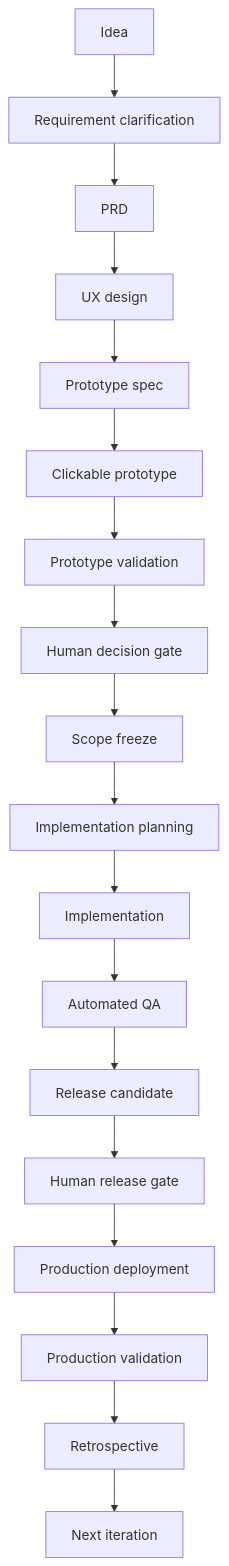
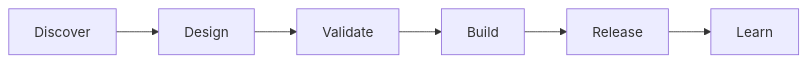
Before and after one commit to 1335389202-create/ai-product-development-workflow: the diagram in README.md, drawn with Mermaid. The commit also changed other lines of this file, not shown here.

Commit message:
docs: compact Mermaid workflow overview

````diff
--- a/README.md
+++ b/README.md
@@ -17,20 +17,4 @@
 ```mermaid
-graph TD
-  A[Idea] --> B[Requirement clarification]
-  B --> C[PRD]
-  C --> D[UX design]
-  D --> E[Prototype spec]
-  E --> F[Clickable prototype]
-  F --> G[Prototype validation]
-  G --> H[Human decision gate]
-  H --> I[Scope freeze]
-  I --> J[Implementation planning]
-  J --> K[Implementation]
-  K --> L[Automated QA]
-  L --> M[Release candidate]
-  M --> N[Human release gate]
-  N --> O[Production deployment]
-  O --> P[Production validation]
-  P --> Q[Retrospective]
-  Q --> R[Next iteration]
+flowchart LR
+  A[Discover] --> B[Design] --> C[Validate] --> D[Build] --> E[Release] --> F[Learn]
 ```
````
